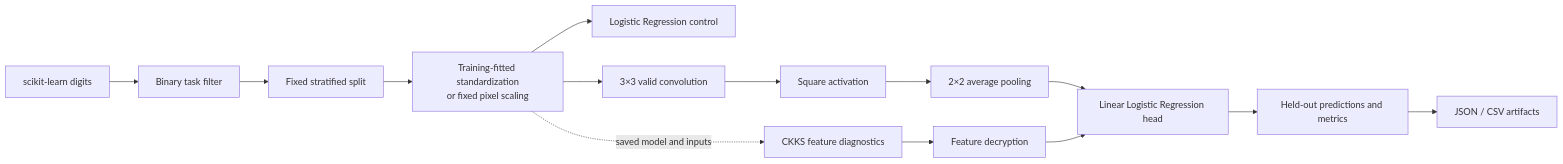
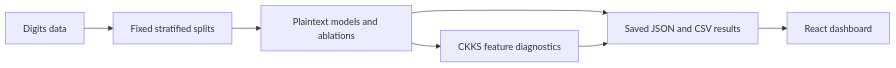
Before and after one commit to TharunMurugesh/cipher-bench: the diagram in README.md, drawn with Mermaid. The commit also changed other lines of this file and 16 other files, not shown here.

````diff
--- a/README.md
+++ b/README.md
@@ -20,16 +9,9 @@
 ```mermaid
 flowchart LR
-  D[scikit-learn digits] --> T[Binary task filter]
-  T --> S[Fixed stratified split]
-  S --> P[Training-fitted standardization<br/>or fixed pixel scaling]
-  P --> LR[Logistic Regression control]
-  P --> CNN[3×3 valid convolution]
-  CNN --> SQ[Square activation]
-  SQ --> POOL[2×2 average pooling]
-  POOL --> HEAD[Linear Logistic Regression head]
-  HEAD --> MET[Held-out predictions and metrics]
-  P -. saved model and inputs .-> ENC[CKKS feature diagnostics]
-  ENC --> DEC[Feature decryption]
-  DEC --> HEAD
-  MET --> ART[JSON / CSV artifacts]
+    D[Digits data] --> S[Fixed stratified splits]
+    S --> M[Plaintext models and ablations]
+    M --> A[Saved JSON and CSV results]
+    M --> H[CKKS feature diagnostics]
+    H --> A
+    A --> W[React dashboard]
 ```
````
